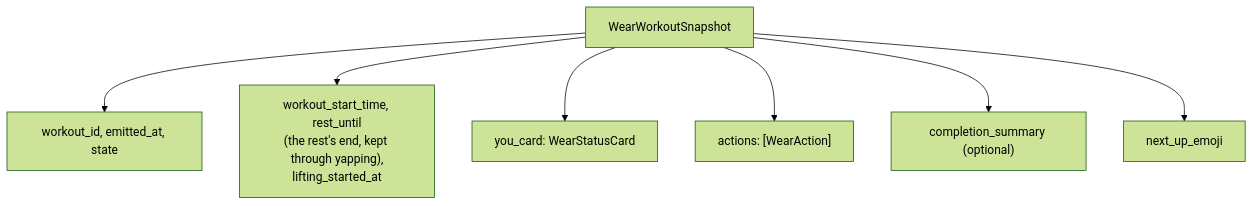
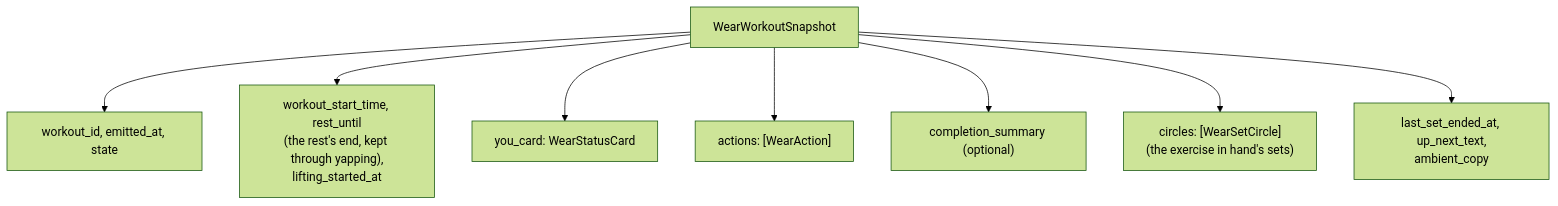
Before and after one commit to brensch/lift: the second of 4 diagrams in docs/architecture/wearable.md, drawn with Mermaid (forest theme). The commit also changed other lines of this file and 107 other files, not shown here.

````diff
--- a/docs/architecture/wearable.md
+++ b/docs/architecture/wearable.md
@@ -60,10 +60,11 @@
 ```mermaid
 graph TD
     snap["WearWorkoutSnapshot"]
     snap --> ids["workout_id, emitted_at, state"]
     snap --> times["workout_start_time, rest_until<br/>(the rest's end, kept through yapping),<br/>lifting_started_at"]
     snap --> you["you_card: WearStatusCard"]
     snap --> acts["actions: [WearAction]"]
     snap --> comp["completion_summary (optional)"]
-    snap --> emoji["next_up_emoji"]
+    snap --> circles["circles: [WearSetCircle]<br/>(the exercise in hand's sets)"]
+    snap --> more["last_set_ended_at, up_next_text,<br/>ambient_copy"]
 ```
````
